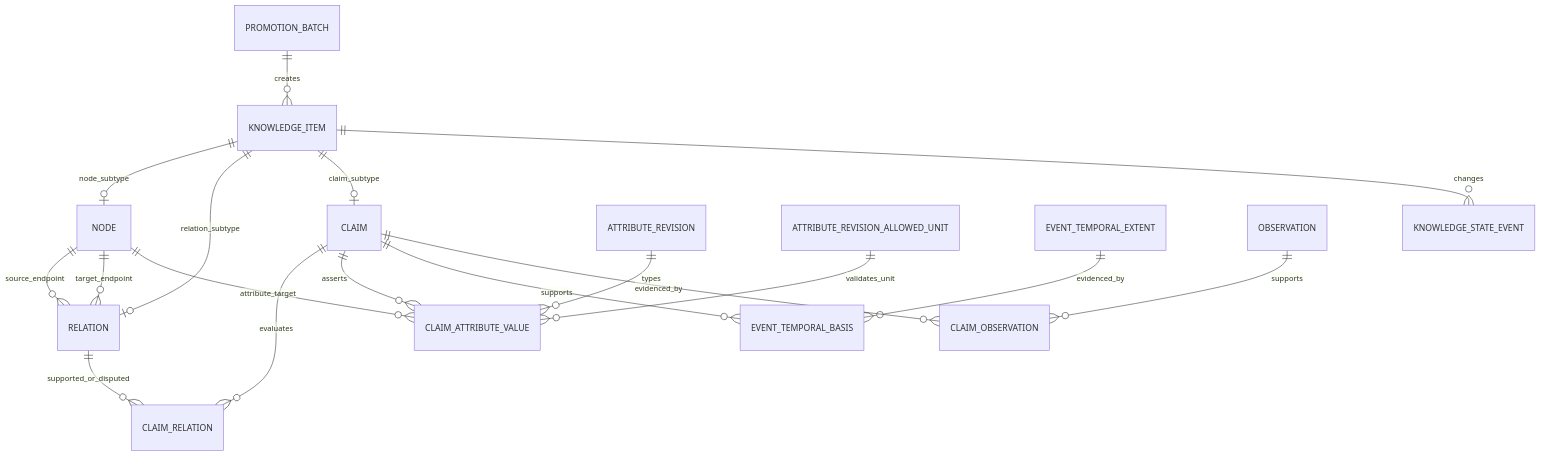
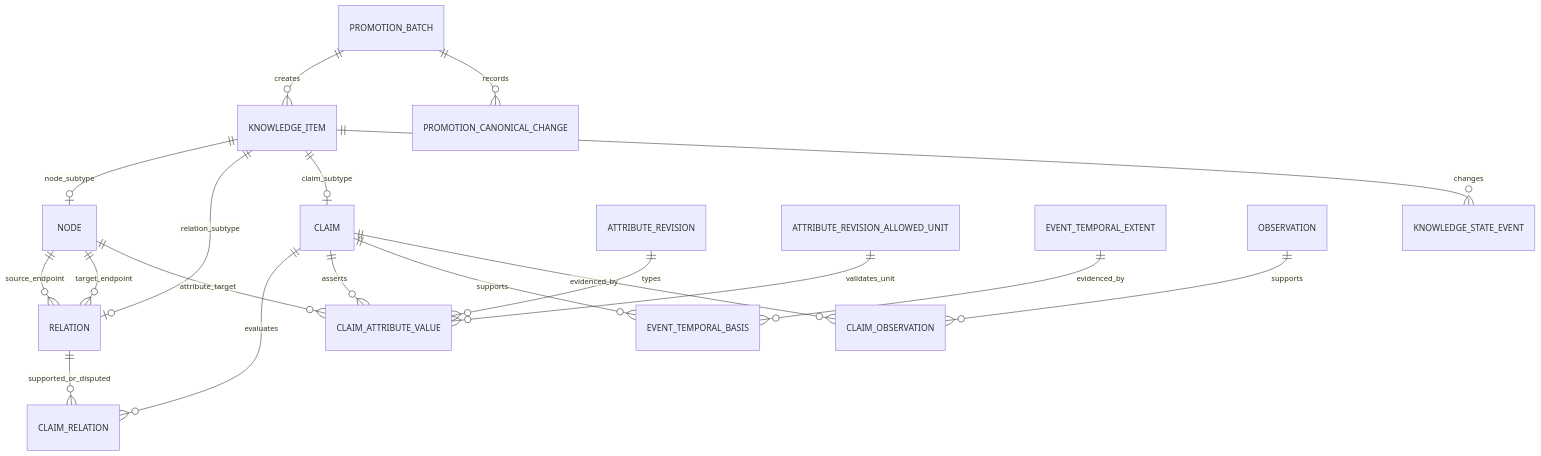
The fourth of 5 diagrams in docs/data/logical-schema.md (studylida/ontology-map), drawn with Mermaid before and after one commit. The commit also changed other lines of this file and 7 other files, not shown here.

````diff
--- a/docs/data/logical-schema.md
+++ b/docs/data/logical-schema.md
@@ -94,20 +94,21 @@
 ```mermaid
 erDiagram
     PROMOTION_BATCH ||--o{ KNOWLEDGE_ITEM : creates
+    PROMOTION_BATCH ||--o{ PROMOTION_CANONICAL_CHANGE : records
     KNOWLEDGE_ITEM ||--o| NODE : node_subtype
     KNOWLEDGE_ITEM ||--o| RELATION : relation_subtype
     KNOWLEDGE_ITEM ||--o| CLAIM : claim_subtype
     KNOWLEDGE_ITEM ||--o{ KNOWLEDGE_STATE_EVENT : changes
     NODE ||--o{ RELATION : source_endpoint
     NODE ||--o{ RELATION : target_endpoint
     CLAIM ||--o{ CLAIM_RELATION : evaluates
     RELATION ||--o{ CLAIM_RELATION : supported_or_disputed
     CLAIM ||--o{ CLAIM_ATTRIBUTE_VALUE : asserts
     NODE ||--o{ CLAIM_ATTRIBUTE_VALUE : attribute_target
     ATTRIBUTE_REVISION ||--o{ CLAIM_ATTRIBUTE_VALUE : types
     ATTRIBUTE_REVISION_ALLOWED_UNIT ||--o{ CLAIM_ATTRIBUTE_VALUE : validates_unit
     CLAIM ||--o{ EVENT_TEMPORAL_BASIS : supports
     EVENT_TEMPORAL_EXTENT ||--o{ EVENT_TEMPORAL_BASIS : evidenced_by
     CLAIM ||--o{ CLAIM_OBSERVATION : evidenced_by
     OBSERVATION ||--o{ CLAIM_OBSERVATION : supports
 ```
````
